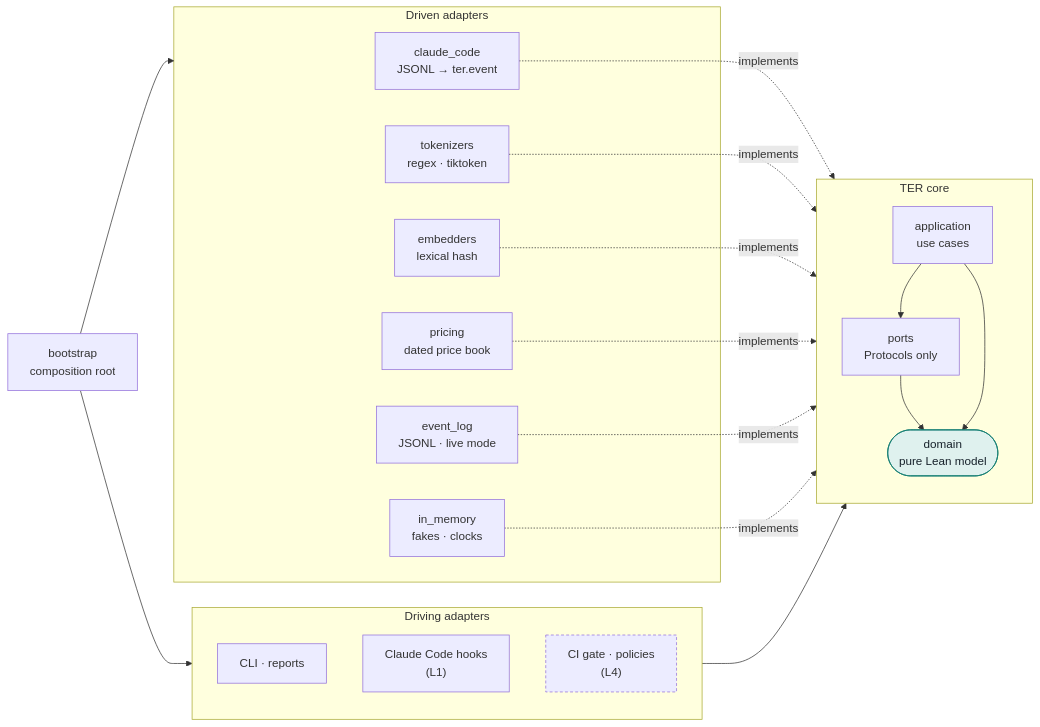
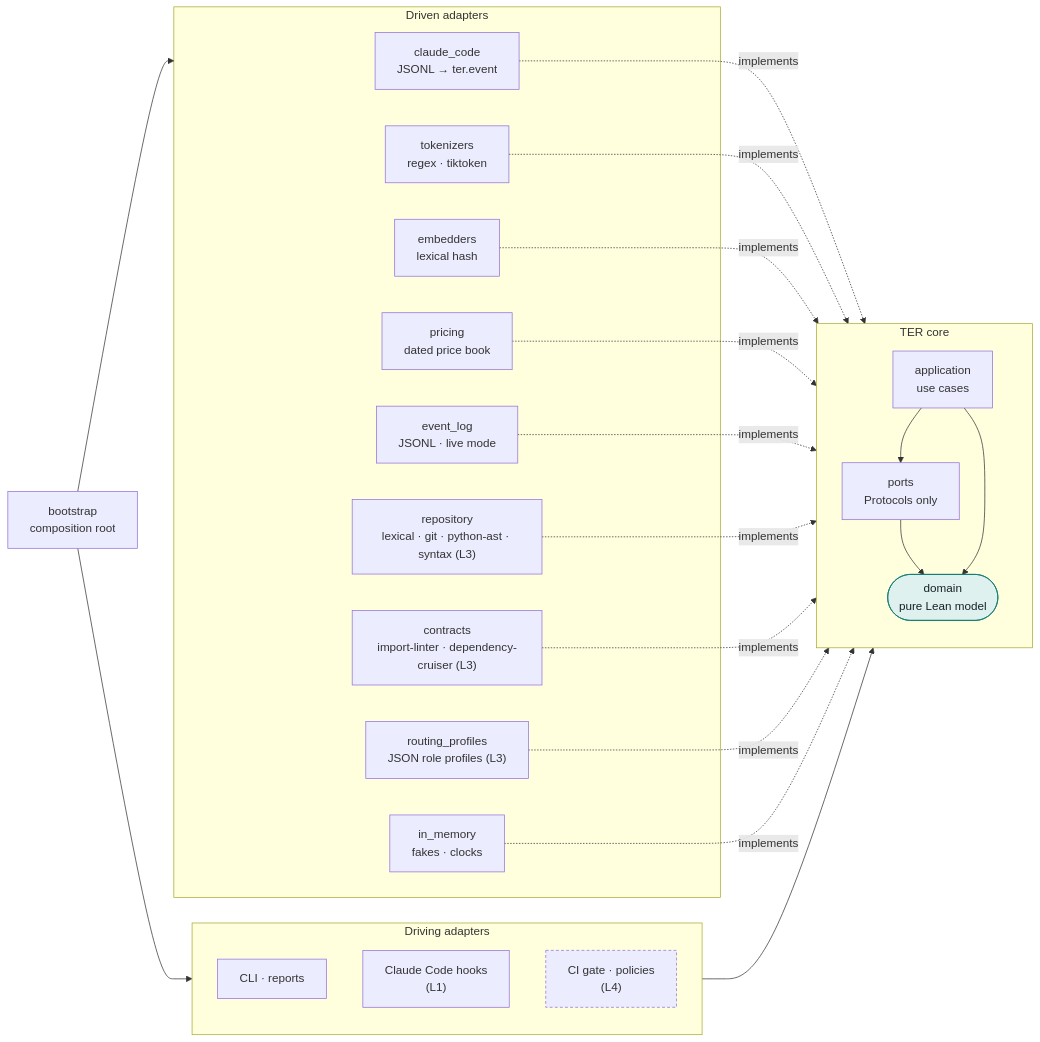
One commit to cplegendre/TER changed the first of 3 diagrams in docs/ter4/architecture.md. Above: the diagram before and after it, drawn with Mermaid. The commit also changed other lines of this file and 9 other files, not shown here.

````diff
--- a/docs/ter4/architecture.md
+++ b/docs/ter4/architecture.md
@@ -14,41 +16,47 @@
 ```mermaid
 flowchart LR
     subgraph driving["Driving adapters"]
         CLI["CLI · reports"]
         HOOKS["Claude Code hooks<br/>(L1)"]
         GATE["CI gate · policies<br/>(L4)"]
     end
 
     subgraph core["TER core"]
         direction TB
         APP["application<br/>use cases"]
         PORTS["ports<br/>Protocols only"]
         DOMAIN(["domain<br/>pure Lean model"])
         APP --> PORTS --> DOMAIN
         APP --> DOMAIN
     end
 
     subgraph driven["Driven adapters"]
         CC["claude_code<br/>JSONL → ter.event"]
         TOK["tokenizers<br/>regex · tiktoken"]
         EMB["embedders<br/>lexical hash"]
         PRICE["pricing<br/>dated price book"]
         LOG["event_log<br/>JSONL · live mode"]
+        REPO["repository<br/>lexical · git · python-ast · syntax (L3)"]
+        CON["contracts<br/>import-linter · dependency-cruiser (L3)"]
+        RTP["routing_profiles<br/>JSON role profiles (L3)"]
         MEM["in_memory<br/>fakes · clocks"]
     end
 
     driving --> APP
     CC -. implements .-> PORTS
     TOK -. implements .-> PORTS
     EMB -. implements .-> PORTS
     PRICE -. implements .-> PORTS
     LOG -. implements .-> PORTS
+    REPO -. implements .-> PORTS
+    CON -. implements .-> PORTS
+    RTP -. implements .-> PORTS
     MEM -. implements .-> PORTS
     BOOT["bootstrap<br/>composition root"] --> driving
     BOOT --> driven
 
     classDef pure fill:#dff1ee,stroke:#0d7a6f,color:#16212a
     classDef soon stroke-dasharray: 4 3
     class DOMAIN pure
     class GATE soon
 ```
````
